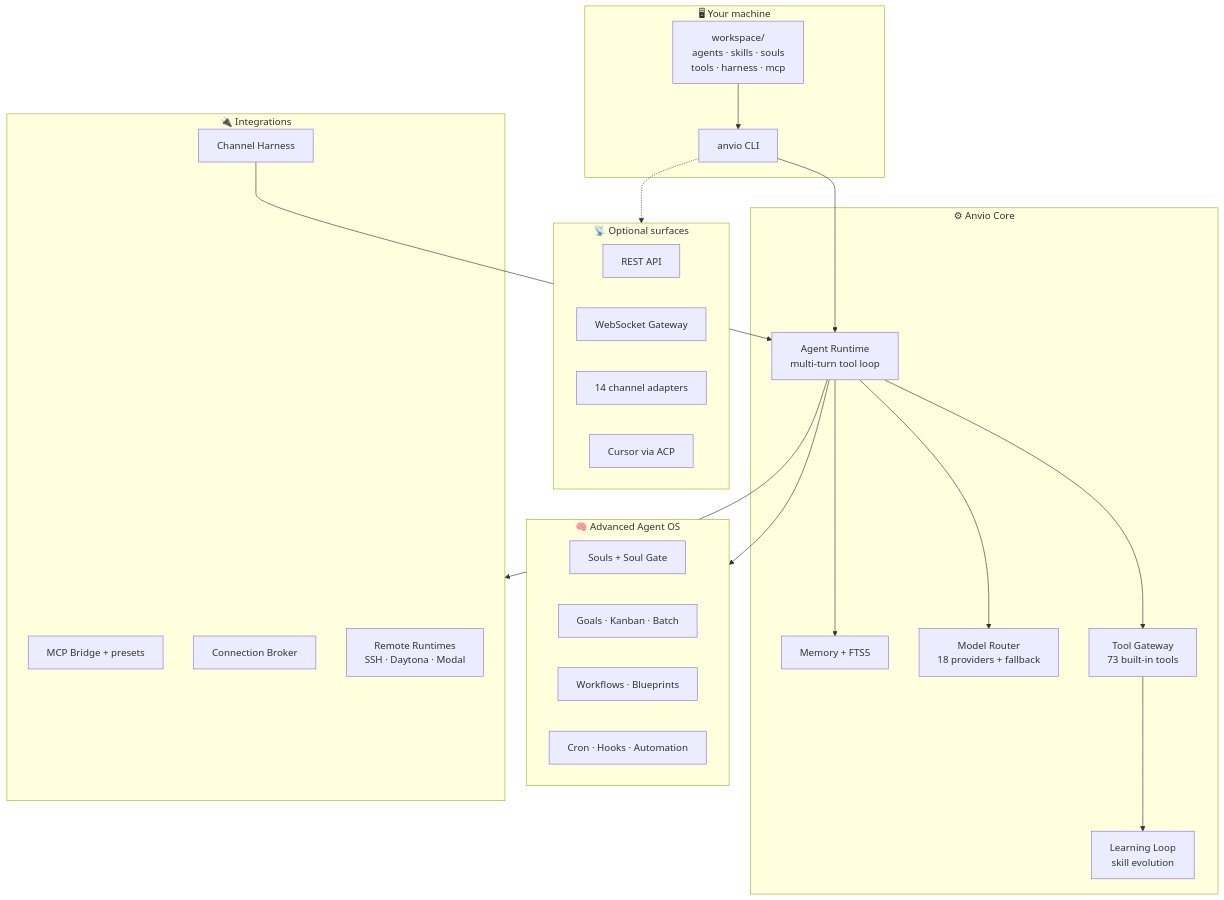
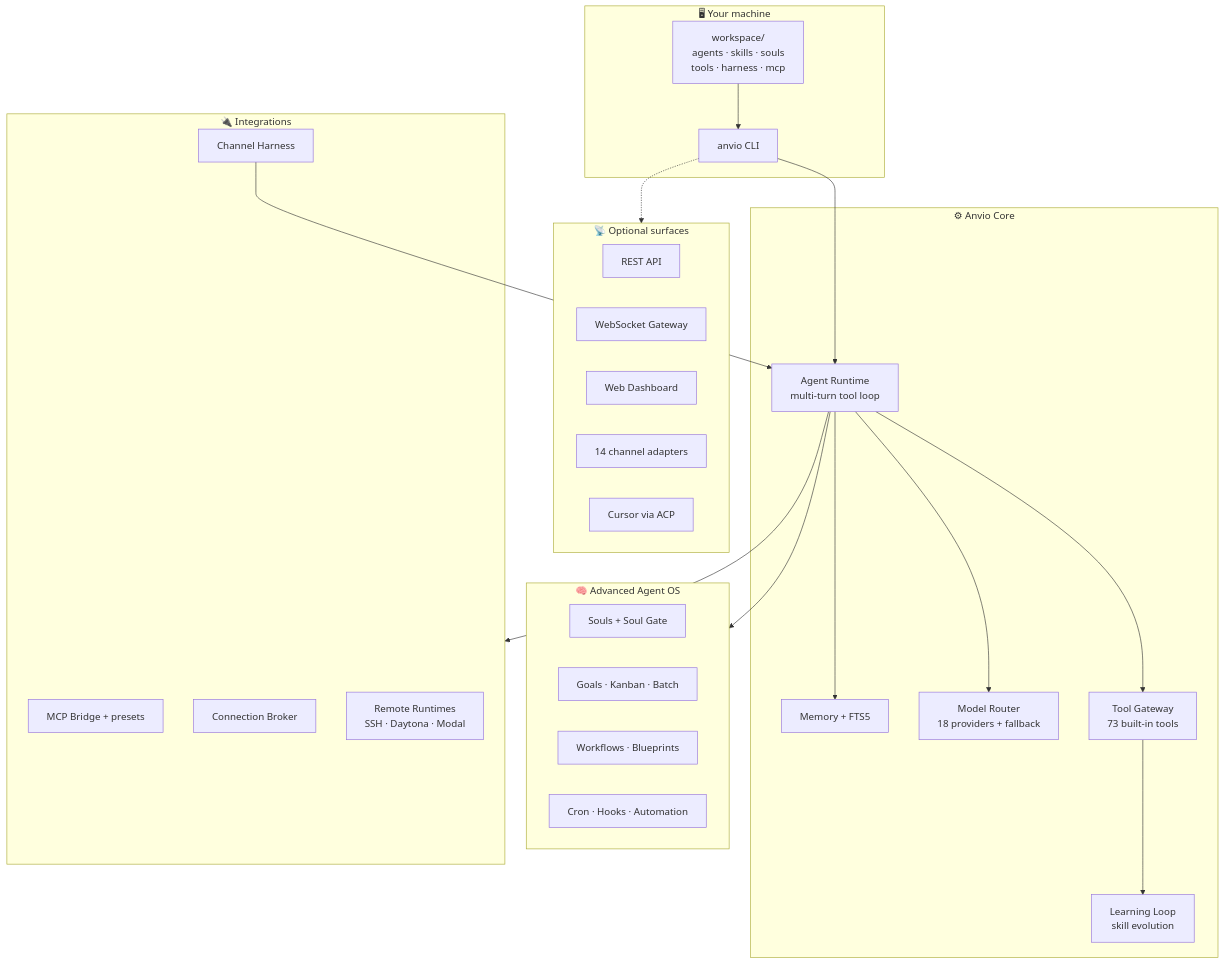
The first of 7 diagrams in README.md (viantonugroho11/Anvio), drawn with Mermaid before and after one commit. The commit also changed other lines of this file and 3 other files, not shown here.

First line of the commit message:
release: v1.22.0 — web dashboard, tool/runtime polish, CI automation

````diff
--- a/README.md
+++ b/README.md
@@ -141,44 +152,45 @@
 ```mermaid
 flowchart TB
     subgraph You["🖥 Your machine"]
         WS["workspace/<br/>agents · skills · souls<br/>tools · harness · mcp"]
         CLI["anvio CLI"]
     end
 
     subgraph Core["⚙ Anvio Core"]
         RT["Agent Runtime<br/>multi-turn tool loop"]
         TG["Tool Gateway<br/>73 built-in tools"]
         RTG["Model Router<br/>18 providers + fallback"]
         MEM["Memory + FTS5"]
         LR["Learning Loop<br/>skill evolution"]
     end
 
     subgraph AgentOS["🧠 Advanced Agent OS"]
         SOUL["Souls + Soul Gate"]
         GOAL["Goals · Kanban · Batch"]
         WF["Workflows · Blueprints"]
         AUTO["Cron · Hooks · Automation"]
     end
 
     subgraph Connect["🔌 Integrations"]
         MCP["MCP Bridge + presets"]
         HAR["Channel Harness"]
         CONN["Connection Broker"]
         RUN["Remote Runtimes<br/>SSH · Daytona · Modal"]
     end
 
     subgraph Surfaces["📡 Optional surfaces"]
         API["REST API"]
         GW["WebSocket Gateway"]
+        WEB["Web Dashboard"]
         BOT["14 channel adapters"]
         ACP["Cursor via ACP"]
     end
 
     WS --> CLI
     CLI --> RT
     RT --> TG & RTG & MEM
     TG --> LR
     RT --> AgentOS & Connect
     CLI -.-> Surfaces
     HAR --> RT
 ```
````
